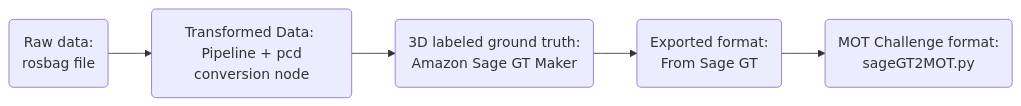
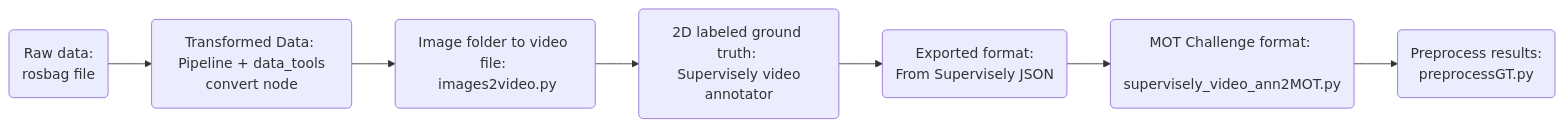
The first of 2 diagrams in Metrics/README.md (adrian-soch/cam_lidar_framework), drawn with Mermaid before and after one commit. The commit also changed other lines of this file and 1 other file, not shown here.

````diff
--- a/Metrics/README.md
+++ b/Metrics/README.md
@@ -11,7 +12,9 @@
 ```mermaid
 graph LR;
-    RawData(Raw data: \n rosbag file)-->Trans(Transformed Data: \n Pipeline + pcd conversion node);
-    Trans-->GroundTruth(3D labeled ground truth: \n Amazon Sage GT Maker);
-    GroundTruth-->ExportedFormat(Exported format: \n From Sage GT);
-    ExportedFormat-->MOTChallenge(MOT Challenge format: \n sageGT2MOT.py);
+    RawData(Raw data: \n rosbag file)-->Trans(Transformed Data: \n Pipeline + data_tools convert node);
+    Trans-->Video(Image folder to video file: \n images2video.py);
+    Video-->GroundTruth(2D labeled ground truth: \n Supervisely video annotator);
+    GroundTruth-->ExportedFormat(Exported format: \n From Supervisely JSON);
+    ExportedFormat-->MOTChallenge(MOT Challenge format: \n supervisely_video_ann2MOT.py);
+    MOTChallenge-->Processed(Preprocess results: \n preprocessGT.py);
 ```
````
